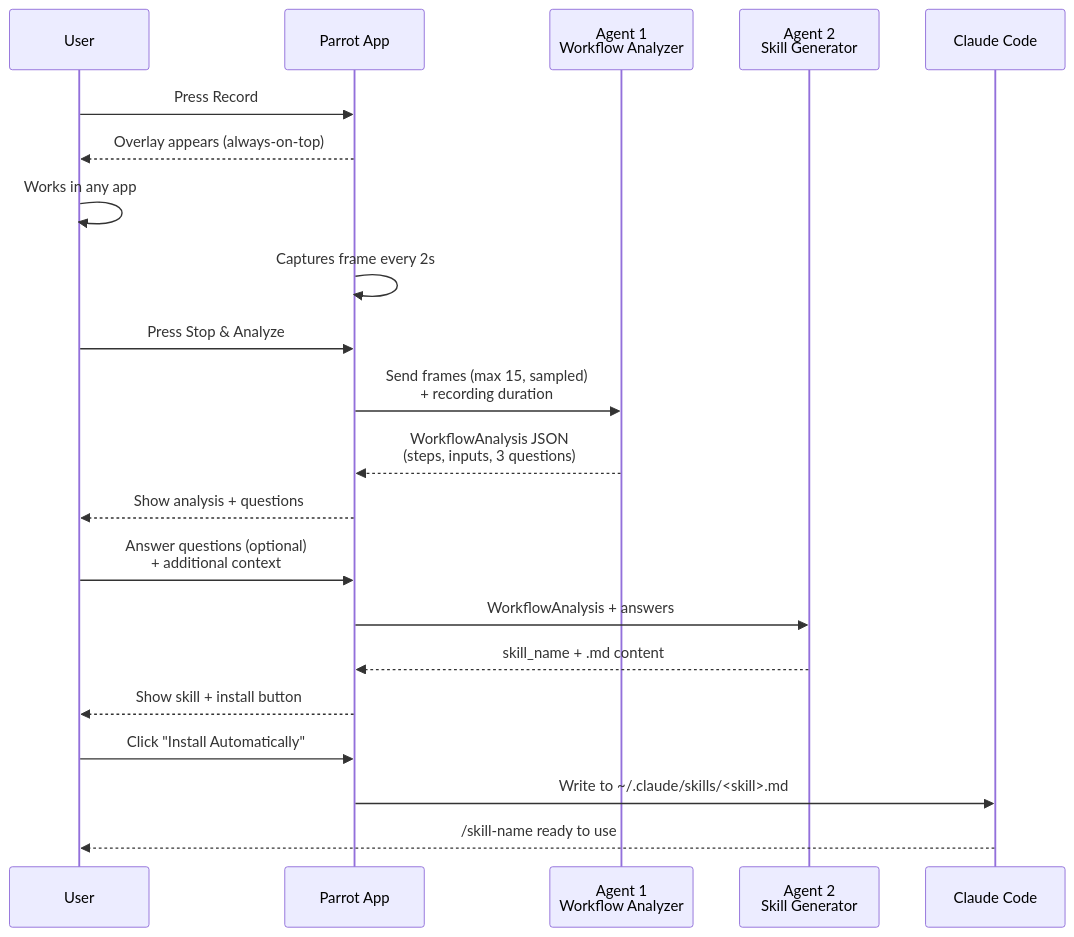
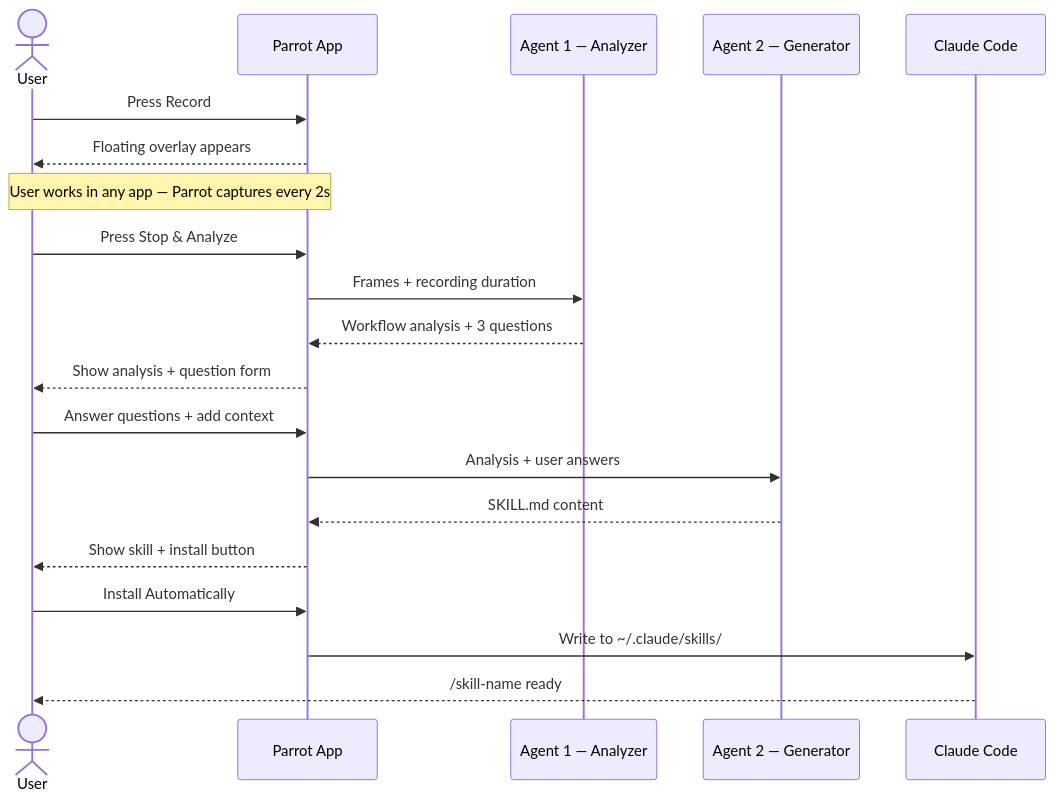
One commit to agustingonzalez2211-creator/Parrot changed the second of 5 diagrams in README.md. Above: the diagram before and after it, drawn with Mermaid. The commit also changed other lines of this file, not shown here.

````diff
--- a/README.md
+++ b/README.md
@@ -61,27 +60,23 @@
 ```mermaid
 sequenceDiagram
-    participant U as User
+    actor U as User
     participant P as Parrot App
-    participant A1 as Agent 1<br/>Workflow Analyzer
-    participant A2 as Agent 2<br/>Skill Generator
+    participant A1 as Agent 1 — Analyzer
+    participant A2 as Agent 2 — Generator
     participant CC as Claude Code
 
     U->>P: Press Record
-    P-->>U: Overlay appears (always-on-top)
-    U->>U: Works in any app
-    P->>P: Captures frame every 2s
-
+    P-->>U: Floating overlay appears
+    note over U,P: User works in any app — Parrot captures every 2s
     U->>P: Press Stop & Analyze
-    P->>A1: Send frames (max 15, sampled)<br/>+ recording duration
-    A1-->>P: WorkflowAnalysis JSON<br/>(steps, inputs, 3 questions)
-    P-->>U: Show analysis + questions
-
-    U->>P: Answer questions (optional)<br/>+ additional context
-    P->>A2: WorkflowAnalysis + answers
-    A2-->>P: skill_name + .md content
+    P->>A1: Frames + recording duration
+    A1-->>P: Workflow analysis + 3 questions
+    P-->>U: Show analysis + question form
+    U->>P: Answer questions + add context
+    P->>A2: Analysis + user answers
+    A2-->>P: SKILL.md content
     P-->>U: Show skill + install button
-
-    U->>P: Click "Install Automatically"
-    P->>CC: Write to ~/.claude/skills/<skill>.md
-    CC-->>U: /skill-name ready to use
+    U->>P: Install Automatically
+    P->>CC: Write to ~/.claude/skills/
+    CC-->>U: /skill-name ready
 ```
````
